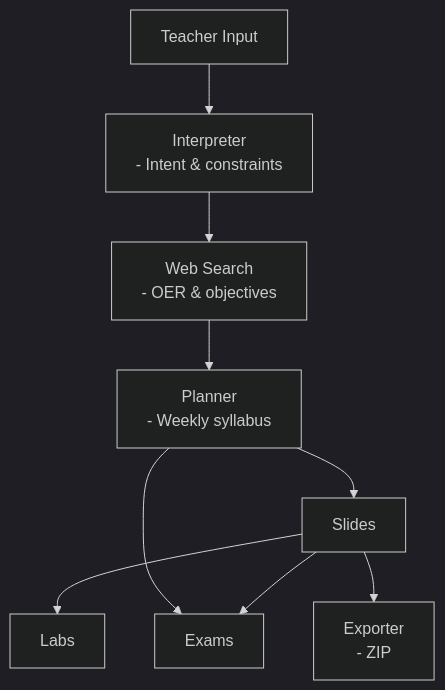
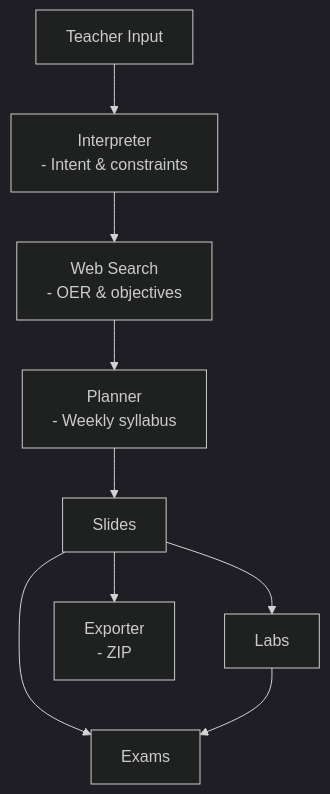
One commit to FaiOnayq/minhaj changed the diagram in README.md. Above: the diagram before and after it, drawn with Mermaid (dark theme).

````diff
--- a/README.md
+++ b/README.md
@@ -2,12 +2,12 @@
 ```mermaid
 graph TD;
     A[Teacher Input] --> B[Interpreter<br/>- Intent & constraints];
     B --> C[Web Search<br/>- OER & objectives];
     C --> D[Planner<br/>- Weekly syllabus];
     D --> E[Slides];
     E --> F[Labs];
-    D --> G[Exams];
-    E --> G
+    E --> G[Exams];
+    F --> G
     E --> H[Exporter<br/>- ZIP];
 
 ```
````
